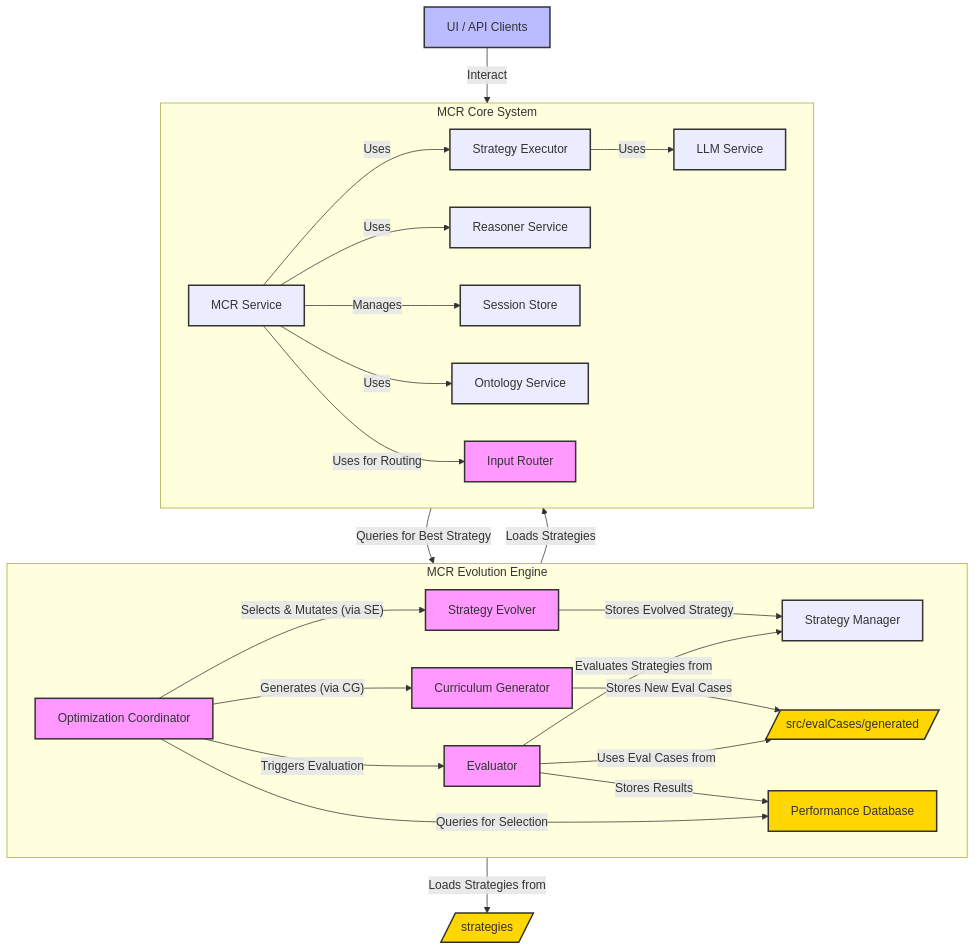
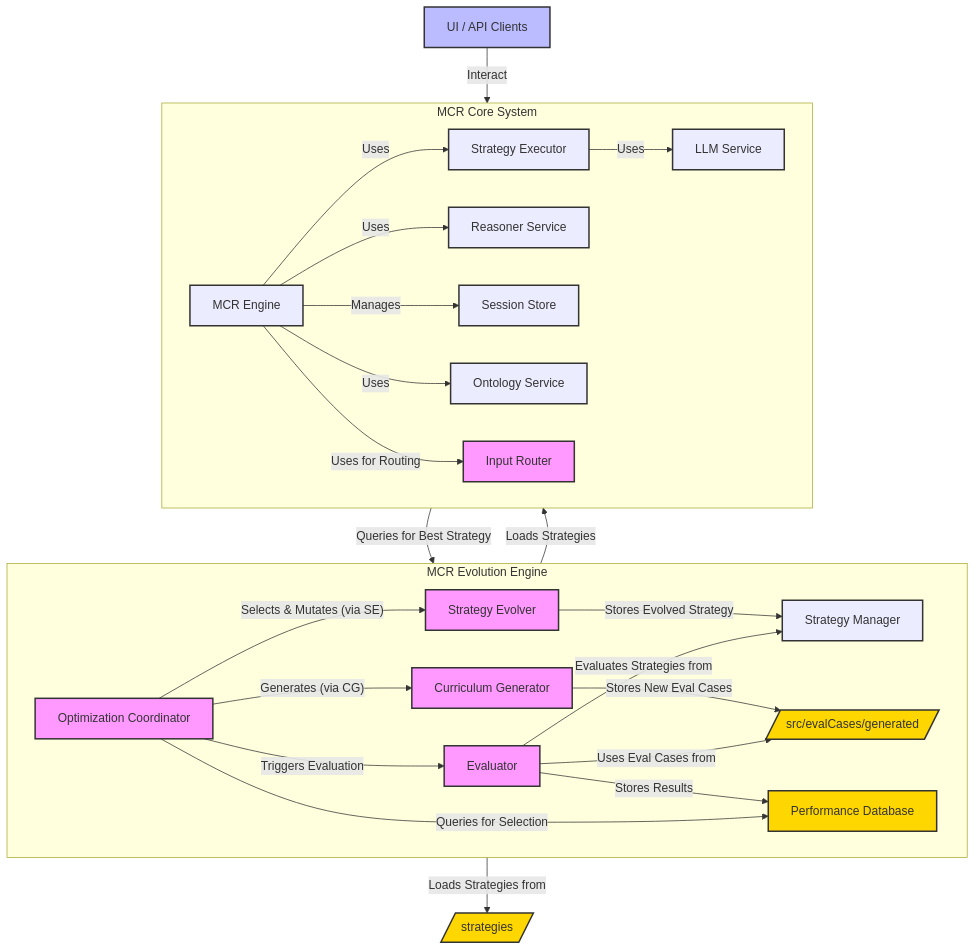
Before and after one commit to automenta/mcr: the diagram in README.md, drawn with Mermaid. The commit also changed other lines of this file and 1 other file, not shown here.

````diff
--- a/README.md
+++ b/README.md
@@ -67,56 +71,56 @@
 ```mermaid
 graph TD
     subgraph MCR Evolution Engine
         direction LR
         CO[Optimization Coordinator]
         SE[Strategy Evolver]
         CG[Curriculum Generator]
         PD[Performance Database]
 
         CO -- Selects & Mutates (via SE) --> SE
         CO -- Generates (via CG) --> CG
         SE -- Stores Evolved Strategy --> SM[Strategy Manager]
         CG -- Stores New Eval Cases --> EvalCasesDir[/src/evalCases/generated/]
         CO -- Triggers Evaluation --> EV[Evaluator]
         EV -- Stores Results --> PD
         CO -- Queries for Selection --> PD
     end
 
     subgraph MCR Core System
         direction LR
-        MCR_Service[MCR Service]
+        MCR_Service[MCR Engine]
         SM -- Loads Strategies --> MCR_Service
         SEcore[Strategy Executor]
         MCR_Service -- Uses --> SEcore
         LLM[LLM Service]
         RS[Reasoner Service]
         SS[Session Store]
         OS[Ontology Service]
 
         SEcore -- Uses --> LLM
         MCR_Service -- Uses --> RS
         MCR_Service -- Manages --> SS
         MCR_Service -- Uses --> OS
 
         IR[Input Router]
         MCR_Service -- Uses for Routing --> IR
         IR -- Queries for Best Strategy --> PD
     end
 
     CLI_API[UI / API Clients] -- Interact --> MCR_Service
     EV -- Evaluates Strategies from --> SM
     EV -- Uses Eval Cases from --> EvalCasesDir
 
     SM -- Loads Strategies from --> StrategiesDir[/strategies/]
 
 
     classDef engine fill:#f9f,stroke:#333,stroke-width:2px;
     classDef core fill:#lightgrey,stroke:#333,stroke-width:2px;
     classDef external fill:#bbf,stroke:#333,stroke-width:2px;
     classDef db fill:#FFD700,stroke:#333,stroke-width:2px;
 
     class CO,SE,CG,EV,IR engine;
     class MCR_Service,SM,SEcore,LLM,RS,SS,OS core;
     class CLI_API external;
     class PD,EvalCasesDir,StrategiesDir db;
 ```
````
